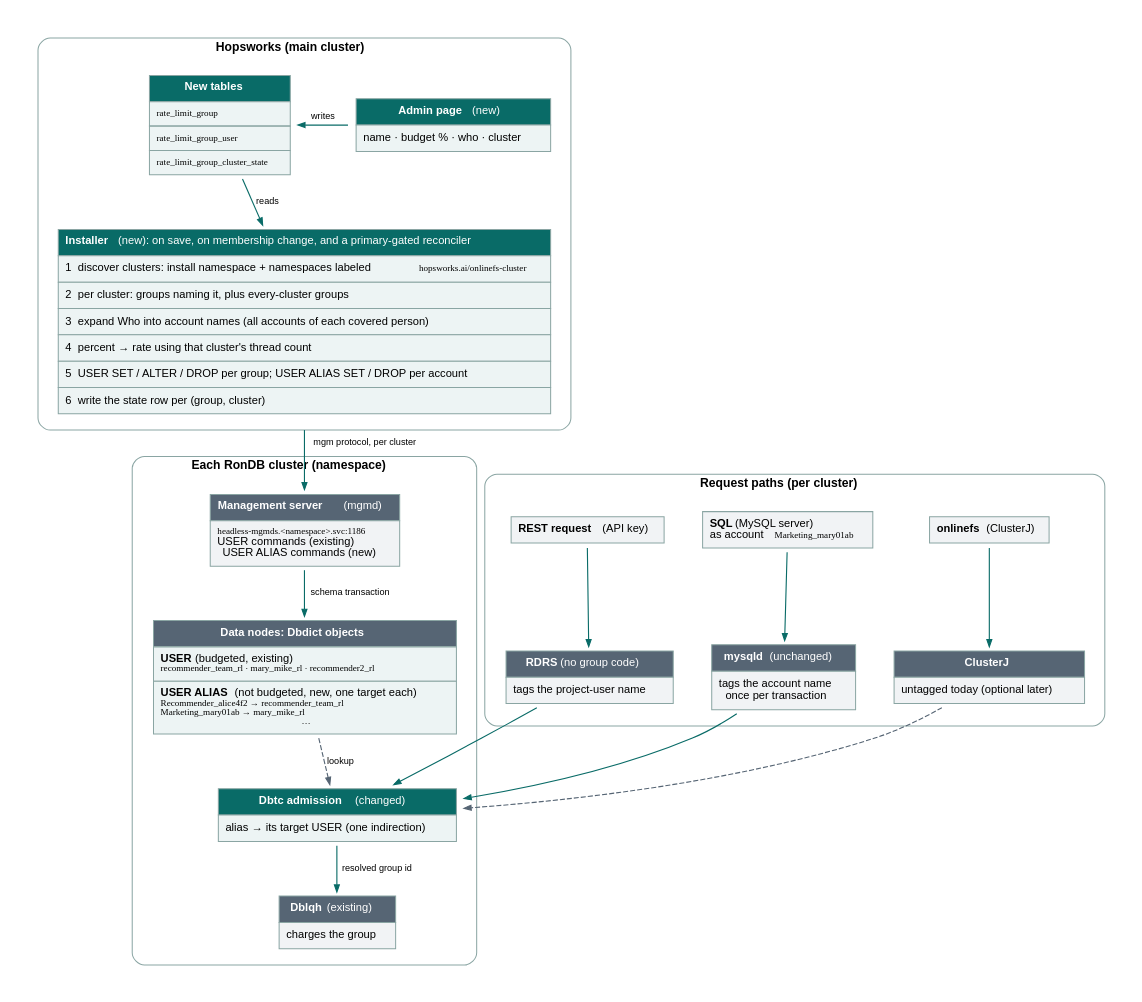
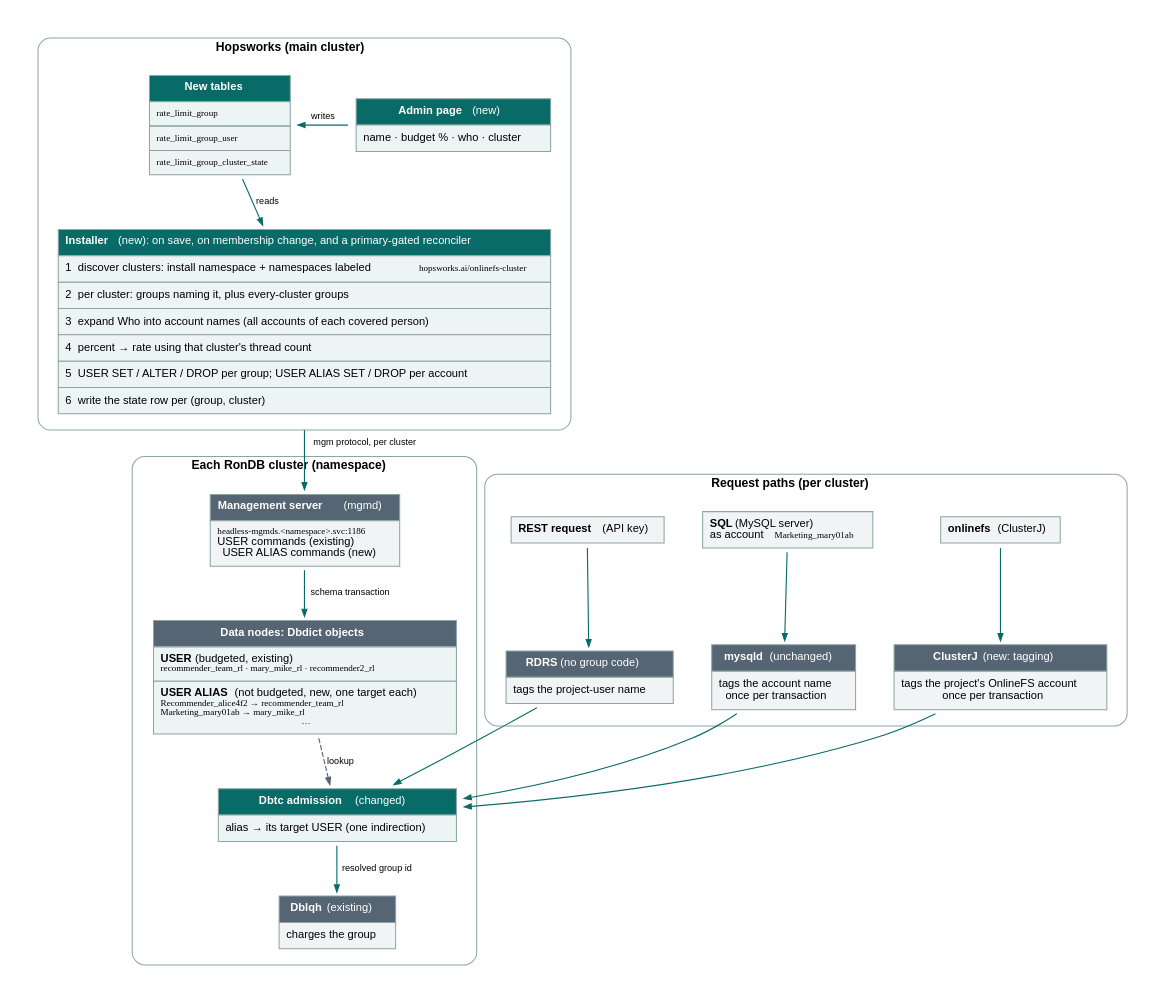
Before and after one commit to logicalclocks/rondb: the diagram in storage/ndb/rest-server2/server/docs/rate-limit-groups/img/v2/architecture.dot, drawn with Graphviz. The commit also changed 8 other files, not shown here.

First line of the commit message:
RONDB-1158: design doc: MaxNoOfUserObjects, exhaustion fix, ClusterJ tagging

```diff
--- a/storage/ndb/rest-server2/server/docs/rate-limit-groups/img/v2/architecture.dot
+++ b/storage/ndb/rest-server2/server/docs/rate-limit-groups/img/v2/architecture.dot
@@ -1,106 +1,106 @@
 digraph architecture {
   rankdir=TB;
   graph [fontname="Helvetica", fontsize=11, pad=0.3, nodesep=0.3, ranksep=0.5, bgcolor="white", compound=true, newrank=true];
   node  [shape=plaintext, fontname="Helvetica", fontsize=11];
   edge  [fontname="Helvetica", fontsize=9, color="#096b67", arrowsize=0.7, penwidth=1.1];
 
   subgraph cluster_hw {
     label=<<B>Hopsworks (main cluster)</B>>; fontsize=12; color="#8aa5a3"; style="rounded"; margin=12;
     admin [label=<
 <TABLE BORDER="0" CELLBORDER="1" CELLSPACING="0" CELLPADDING="6" COLOR="#8aa5a3">
  <TR><TD BGCOLOR="#096b67"><FONT COLOR="white"><B>Admin page</B> (new)</FONT></TD></TR>
  <TR><TD BGCOLOR="#edf4f4" ALIGN="LEFT">name · budget % · who · cluster</TD></TR>
 </TABLE>>];
     newtabs [label=<
 <TABLE BORDER="0" CELLBORDER="1" CELLSPACING="0" CELLPADDING="6" COLOR="#8aa5a3">
  <TR><TD BGCOLOR="#096b67"><FONT COLOR="white"><B>New tables</B></FONT></TD></TR>
  <TR><TD BGCOLOR="#edf4f4" ALIGN="LEFT"><FONT FACE="Menlo" POINT-SIZE="9">rate_limit_group</FONT></TD></TR>
  <TR><TD BGCOLOR="#edf4f4" ALIGN="LEFT"><FONT FACE="Menlo" POINT-SIZE="9">rate_limit_group_user</FONT></TD></TR>
  <TR><TD BGCOLOR="#edf4f4" ALIGN="LEFT"><FONT FACE="Menlo" POINT-SIZE="9">rate_limit_group_cluster_state</FONT></TD></TR>
 </TABLE>>];
     installer [label=<
 <TABLE BORDER="0" CELLBORDER="1" CELLSPACING="0" CELLPADDING="6" COLOR="#8aa5a3">
  <TR><TD BGCOLOR="#096b67" ALIGN="LEFT"><FONT COLOR="white"><B>Installer</B> (new): on save, on membership change, and a primary-gated reconciler</FONT></TD></TR>
  <TR><TD BGCOLOR="#edf4f4" ALIGN="LEFT">1&nbsp; discover clusters: install namespace + namespaces labeled <FONT FACE="Menlo" POINT-SIZE="9">hopsworks.ai/onlinefs-cluster</FONT></TD></TR>
  <TR><TD BGCOLOR="#edf4f4" ALIGN="LEFT">2&nbsp; per cluster: groups naming it, plus every-cluster groups</TD></TR>
  <TR><TD BGCOLOR="#edf4f4" ALIGN="LEFT">3&nbsp; expand Who into account names (all accounts of each covered person)</TD></TR>
  <TR><TD BGCOLOR="#edf4f4" ALIGN="LEFT">4&nbsp; percent → rate using that cluster's thread count</TD></TR>
  <TR><TD BGCOLOR="#edf4f4" ALIGN="LEFT">5&nbsp; USER SET / ALTER / DROP per group; USER ALIAS SET / DROP per account</TD></TR>
  <TR><TD BGCOLOR="#edf4f4" ALIGN="LEFT">6&nbsp; write the state row per (group, cluster)</TD></TR>
 </TABLE>>];
     admin -> newtabs [label="writes", constraint=false];
     newtabs -> installer [label="reads"];
   }
 
   subgraph cluster_rondb {
     label=<<B>Each RonDB cluster (namespace)</B>>; fontsize=12; color="#8aa5a3"; style="rounded"; margin=12;
     mgmd [label=<
 <TABLE BORDER="0" CELLBORDER="1" CELLSPACING="0" CELLPADDING="6" COLOR="#8aa5a3">
  <TR><TD BGCOLOR="#566574"><FONT COLOR="white"><B>Management server</B> (mgmd)</FONT></TD></TR>
  <TR><TD BGCOLOR="#f1f3f5" ALIGN="LEFT"><FONT FACE="Menlo" POINT-SIZE="9">headless-mgmds.&lt;namespace&gt;.svc:1186</FONT><BR ALIGN="LEFT"/>USER commands (existing)<BR ALIGN="LEFT"/>USER ALIAS commands (new)</TD></TR>
 </TABLE>>];
     dict [label=<
 <TABLE BORDER="0" CELLBORDER="1" CELLSPACING="0" CELLPADDING="6" COLOR="#8aa5a3">
  <TR><TD BGCOLOR="#566574"><FONT COLOR="white"><B>Data nodes: Dbdict objects</B></FONT></TD></TR>
  <TR><TD BGCOLOR="#edf4f4" ALIGN="LEFT"><B>USER</B> (budgeted, existing)<BR ALIGN="LEFT"/><FONT FACE="Menlo" POINT-SIZE="9">recommender_team_rl · mary_mike_rl · recommender2_rl</FONT></TD></TR>
  <TR><TD BGCOLOR="#edf4f4" ALIGN="LEFT"><B>USER ALIAS</B> (not budgeted, new, one target each)<BR ALIGN="LEFT"/><FONT FACE="Menlo" POINT-SIZE="9">Recommender_alice4f2 → recommender_team_rl<BR ALIGN="LEFT"/>Marketing_mary01ab → mary_mike_rl<BR ALIGN="LEFT"/>…</FONT></TD></TR>
 </TABLE>>];
     tc [label=<
 <TABLE BORDER="0" CELLBORDER="1" CELLSPACING="0" CELLPADDING="6" COLOR="#8aa5a3">
  <TR><TD BGCOLOR="#096b67"><FONT COLOR="white"><B>Dbtc admission</B> (changed)</FONT></TD></TR>
  <TR><TD BGCOLOR="#edf4f4" ALIGN="LEFT">alias → its target USER (one indirection)</TD></TR>
 </TABLE>>];
     lqh [label=<
 <TABLE BORDER="0" CELLBORDER="1" CELLSPACING="0" CELLPADDING="6" COLOR="#8aa5a3">
  <TR><TD BGCOLOR="#566574"><FONT COLOR="white"><B>Dblqh</B> (existing)</FONT></TD></TR>
  <TR><TD BGCOLOR="#f1f3f5" ALIGN="LEFT">charges the group</TD></TR>
 </TABLE>>];
     mgmd -> dict [label="schema transaction"];
     dict -> tc [label="lookup", style=dashed, color="#566574"];
     tc -> lqh [label="resolved group id"];
   }
 
   subgraph cluster_req {
     label=<<B>Request paths (per cluster)</B>>; fontsize=12; color="#8aa5a3"; style="rounded"; margin=12;
     rest [label=<
 <TABLE BORDER="0" CELLBORDER="1" CELLSPACING="0" CELLPADDING="6" COLOR="#8aa5a3">
  <TR><TD BGCOLOR="#f1f3f5" ALIGN="LEFT"><B>REST request</B> (API key)</TD></TR>
 </TABLE>>];
     rdrs [label=<
 <TABLE BORDER="0" CELLBORDER="1" CELLSPACING="0" CELLPADDING="6" COLOR="#8aa5a3">
  <TR><TD BGCOLOR="#566574"><FONT COLOR="white"><B>RDRS</B> (no group code)</FONT></TD></TR>
  <TR><TD BGCOLOR="#f1f3f5" ALIGN="LEFT">tags the project-user name</TD></TR>
 </TABLE>>];
     sql [label=<
 <TABLE BORDER="0" CELLBORDER="1" CELLSPACING="0" CELLPADDING="6" COLOR="#8aa5a3">
  <TR><TD BGCOLOR="#f1f3f5" ALIGN="LEFT"><B>SQL</B> (MySQL server)<BR ALIGN="LEFT"/>as account <FONT FACE="Menlo" POINT-SIZE="9">Marketing_mary01ab</FONT></TD></TR>
 </TABLE>>];
     mysqld [label=<
 <TABLE BORDER="0" CELLBORDER="1" CELLSPACING="0" CELLPADDING="6" COLOR="#8aa5a3">
  <TR><TD BGCOLOR="#566574"><FONT COLOR="white"><B>mysqld</B> (unchanged)</FONT></TD></TR>
  <TR><TD BGCOLOR="#f1f3f5" ALIGN="LEFT">tags the account name<BR ALIGN="LEFT"/>once per transaction</TD></TR>
 </TABLE>>];
     onlinefs [label=<
 <TABLE BORDER="0" CELLBORDER="1" CELLSPACING="0" CELLPADDING="6" COLOR="#8aa5a3">
  <TR><TD BGCOLOR="#f1f3f5" ALIGN="LEFT"><B>onlinefs</B> (ClusterJ)</TD></TR>
 </TABLE>>];
     cj [label=<
 <TABLE BORDER="0" CELLBORDER="1" CELLSPACING="0" CELLPADDING="6" COLOR="#8aa5a3">
- <TR><TD BGCOLOR="#566574"><FONT COLOR="white"><B>ClusterJ</B></FONT></TD></TR>
- <TR><TD BGCOLOR="#f1f3f5" ALIGN="LEFT">untagged today (optional later)</TD></TR>
+ <TR><TD BGCOLOR="#566574"><FONT COLOR="white"><B>ClusterJ</B> (new: tagging)</FONT></TD></TR>
+ <TR><TD BGCOLOR="#f1f3f5" ALIGN="LEFT">tags the project&apos;s OnlineFS account<BR ALIGN="LEFT"/>once per transaction</TD></TR>
 </TABLE>>];
     rest -> rdrs;
     sql -> mysqld;
     onlinefs -> cj;
   }
 
   installer -> mgmd [label="mgm protocol, per cluster", ltail=cluster_hw];
   rdrs -> tc;
   mysqld -> tc;
-  cj -> tc [style=dashed, color="#566574"];
+  cj -> tc;
 
   { rank=same; admin; newtabs; }
   { rank=same; mgmd; rest; sql; onlinefs; }
   { rank=same; dict; rdrs; mysqld; cj; }
   { rank=same; tc; }
 }
```
